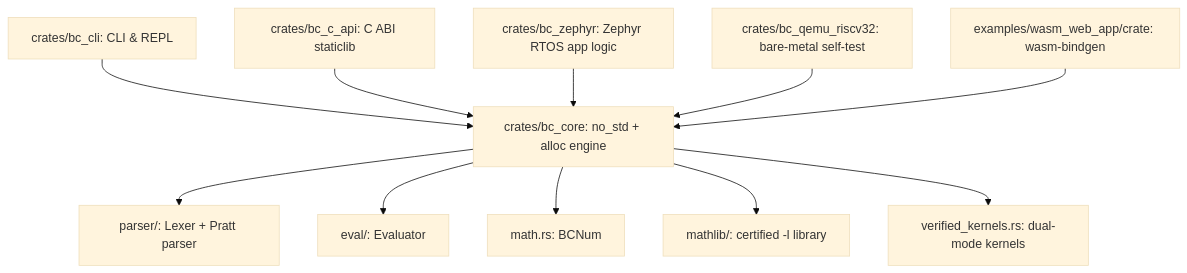
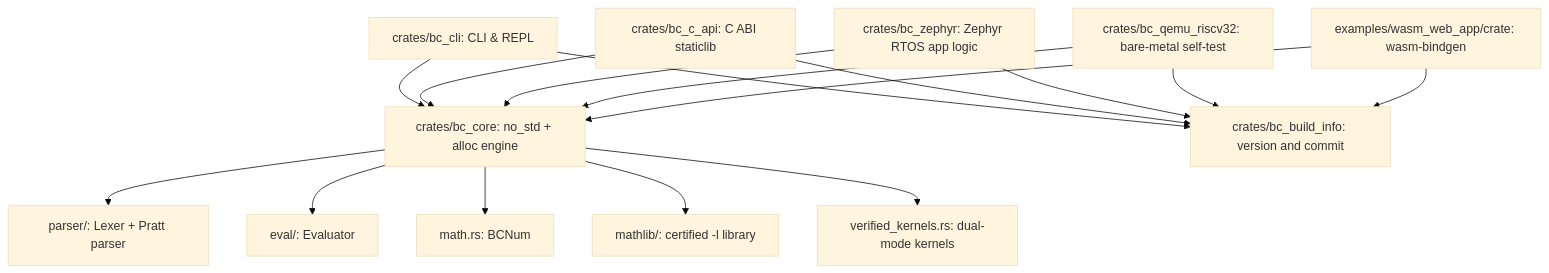
Before and after one commit to takayuki-nagata/bc_clone_rs: the diagram in AGENTS.md, drawn with Mermaid (base theme). The commit also changed other lines of this file and 39 other files, not shown here.

````diff
--- a/AGENTS.md
+++ b/AGENTS.md
@@ -29,13 +29,14 @@
 ```mermaid
 graph TD
     CLI[crates/bc_cli: CLI & REPL] --> Core[crates/bc_core: no_std + alloc engine]
     CAPI[crates/bc_c_api: C ABI staticlib] --> Core
     Zephyr[crates/bc_zephyr: Zephyr RTOS app logic] --> Core
     QEMU[crates/bc_qemu_riscv32: bare-metal self-test] --> Core
     Wasm[examples/wasm_web_app/crate: wasm-bindgen] --> Core
+    CLI & CAPI & Zephyr & QEMU & Wasm --> Info[crates/bc_build_info: version and commit]
     Core --> Parser[parser/: Lexer + Pratt parser]
     Core --> Eval[eval/: Evaluator]
     Core --> Math[math.rs: BCNum]
     Core --> MathLib[mathlib/: certified -l library]
     Core --> Kernels[verified_kernels.rs: dual-mode kernels]
 ```
````
